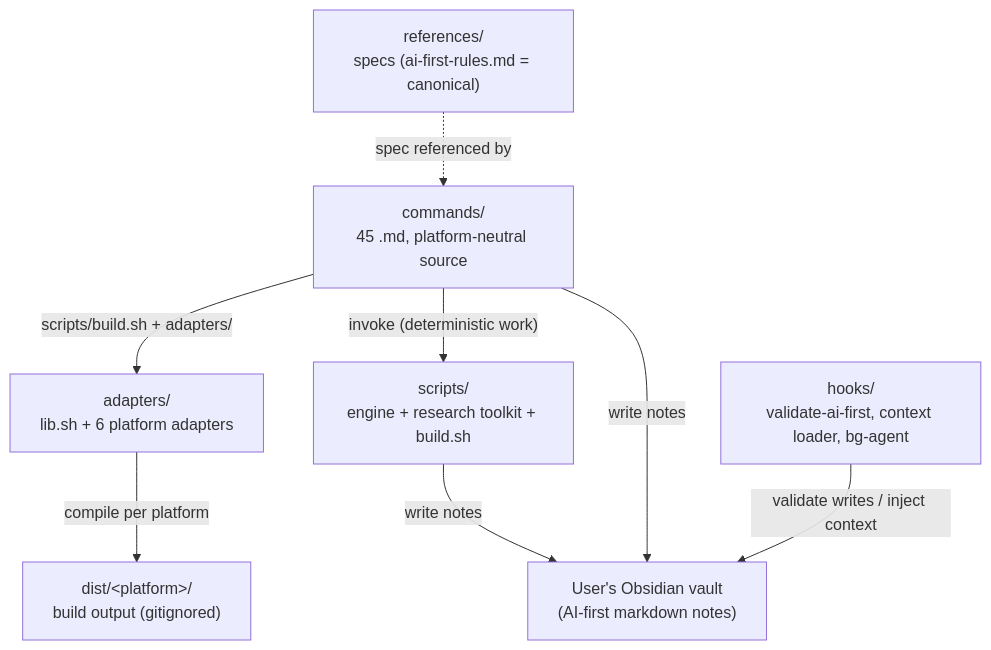
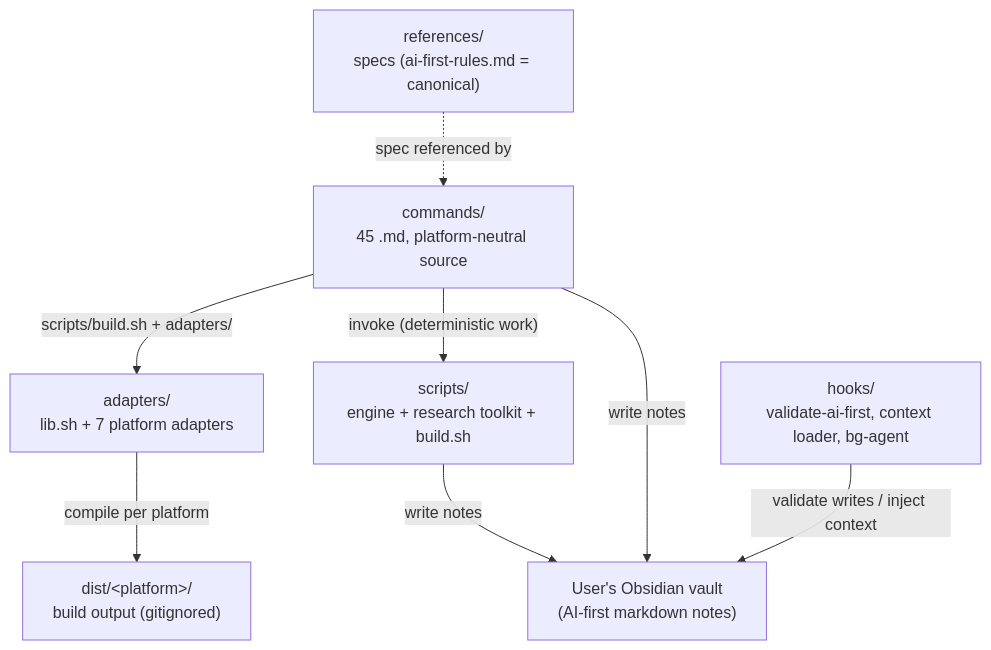
Before and after one commit to KyleMcMaster/obsidian-second-brain: the diagram in architecture.md, drawn with Mermaid. The commit also changed other lines of this file and 9 other files, not shown here.

````diff
--- a/architecture.md
+++ b/architecture.md
@@ -71,18 +71,18 @@
 ```mermaid
 graph TD
   REF["references/<br/>specs (ai-first-rules.md = canonical)"]
   CMD["commands/<br/>45 .md, platform-neutral source"]
   SCR["scripts/<br/>engine + research toolkit + build.sh"]
-  ADP["adapters/<br/>lib.sh + 6 platform adapters"]
+  ADP["adapters/<br/>lib.sh + 7 platform adapters"]
   HK["hooks/<br/>validate-ai-first, context loader, bg-agent"]
   DIST["dist/&lt;platform&gt;/<br/>build output (gitignored)"]
   VAULT["User's Obsidian vault<br/>(AI-first markdown notes)"]
 
   REF -. spec referenced by .-> CMD
   CMD -- "scripts/build.sh + adapters/" --> ADP
   ADP -- "compile per platform" --> DIST
   CMD -- "invoke (deterministic work)" --> SCR
   SCR -- "write notes" --> VAULT
   CMD -- "write notes" --> VAULT
   HK -- "validate writes / inject context" --> VAULT
 ```
````
